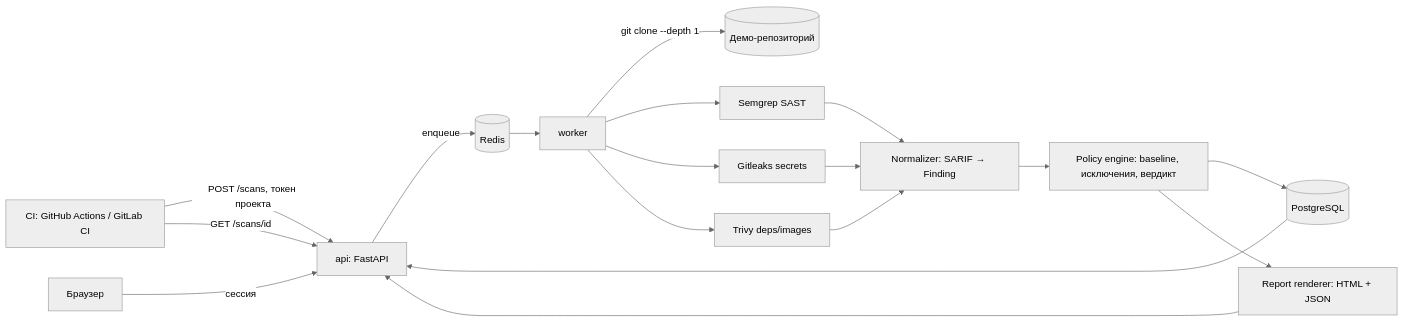
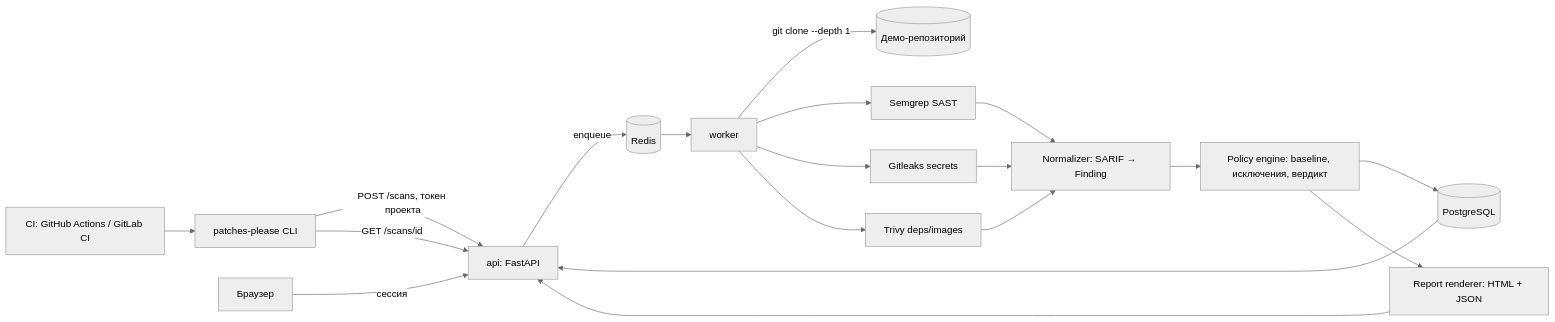
One commit to arslan-ahmetjanov/patches-please changed the diagram in specs/security-gate-mvp/plan.md. Above: the diagram before and after it, drawn with Mermaid (neutral theme). The commit also changed other lines of this file and 4 other files, not shown here.

Commit message:
docs: бренд Patches, Please, delta-008 CLI и задачи T-034…T-037

````diff
--- a/specs/security-gate-mvp/plan.md
+++ b/specs/security-gate-mvp/plan.md
@@ -29,20 +30,21 @@
 ```mermaid
 flowchart LR
-  CI[CI: GitHub Actions / GitLab CI] -->|POST /scans, токен проекта| API[api: FastAPI]
+  CI[CI: GitHub Actions / GitLab CI] --> CLI[patches-please CLI]
+  CLI -->|POST /scans, токен проекта| API[api: FastAPI]
   UI[Браузер] -->|сессия| API
   API -->|enqueue| Q[(Redis)]
   Q --> W[worker]
   W -->|git clone --depth 1| REPO[(Демо-репозиторий)]
   W --> S1[Semgrep SAST]
   W --> S2[Gitleaks secrets]
   W --> S3[Trivy deps/images]
   S1 --> N[Normalizer: SARIF → Finding]
   S2 --> N
   S3 --> N
   N --> P[Policy engine: baseline, исключения, вердикт]
   P --> DB[(PostgreSQL)]
   P --> R[Report renderer: HTML + JSON]
   DB --> API
   R --> API
-  CI -->|GET /scans/id| API
+  CLI -->|GET /scans/id| API
 ```
````
